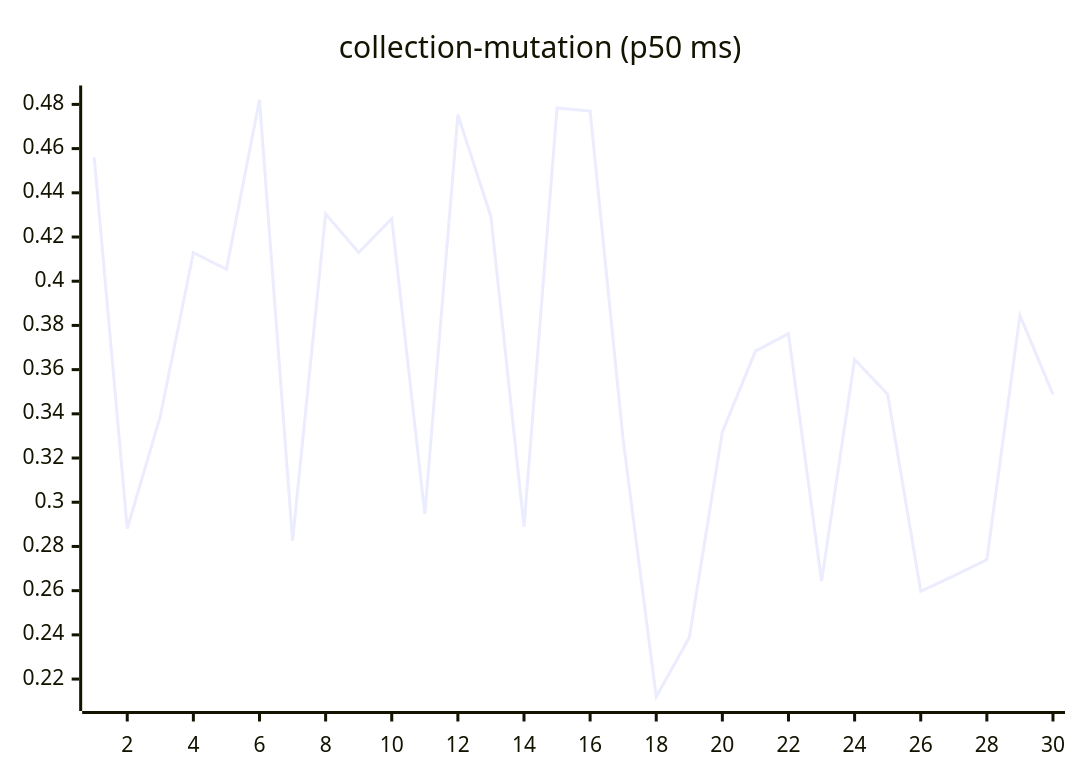
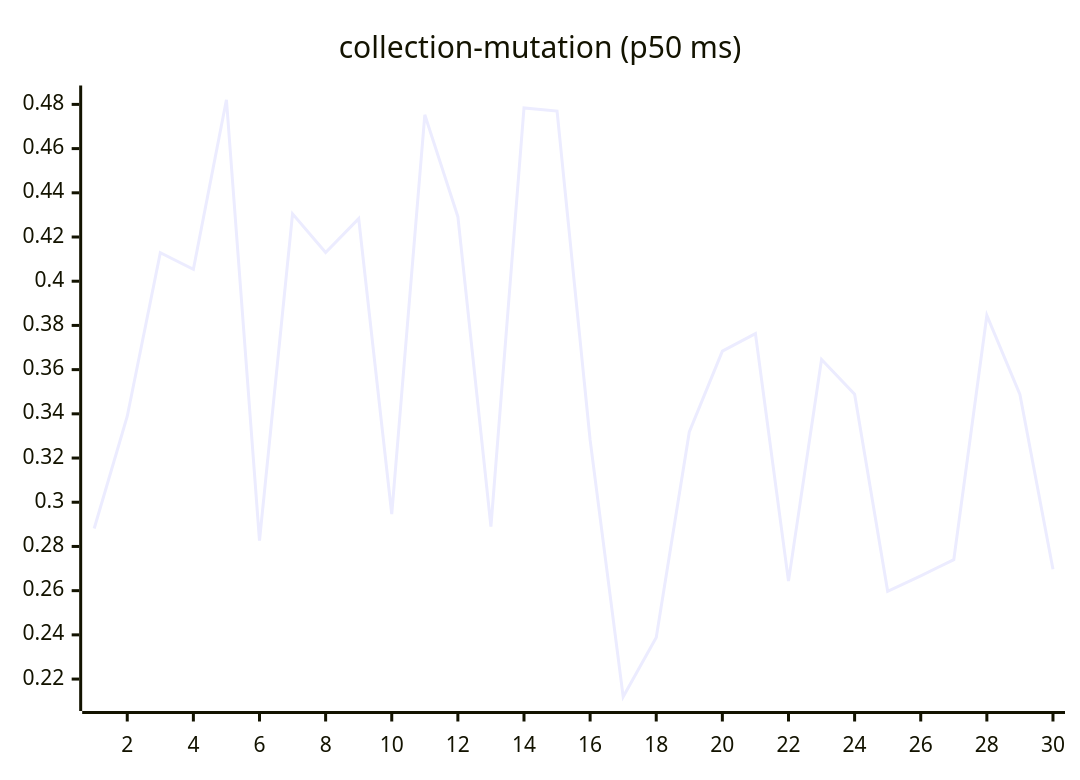
The sixth of 27 diagrams in README.md (josha/Facet), drawn with Mermaid before and after one commit. The commit also changed other lines of this file and 2 other files, not shown here.

````diff
--- a/README.md
+++ b/README.md
@@ -98,6 +98,6 @@
 ```mermaid
 xychart-beta
     title "collection-mutation (p50 ms)"
     x-axis 1 --> 30
-    line [0.4560, 0.2881, 0.3389, 0.4129, 0.4054, 0.4821, 0.2826, 0.4305, 0.4130, 0.4283, 0.2946, 0.4753, 0.4292, 0.2890, 0.4784, 0.4770, 0.3282, 0.2120, 0.2388, 0.3318, 0.3684, 0.3763, 0.2643, 0.3646, 0.3489, 0.2597, 0.2667, 0.2740, 0.3845, 0.3488]
+    line [0.2881, 0.3389, 0.4129, 0.4054, 0.4821, 0.2826, 0.4305, 0.4130, 0.4283, 0.2946, 0.4753, 0.4292, 0.2890, 0.4784, 0.4770, 0.3282, 0.2120, 0.2388, 0.3318, 0.3684, 0.3763, 0.2643, 0.3646, 0.3489, 0.2597, 0.2667, 0.2740, 0.3845, 0.3488, 0.2697]
 ```
````
